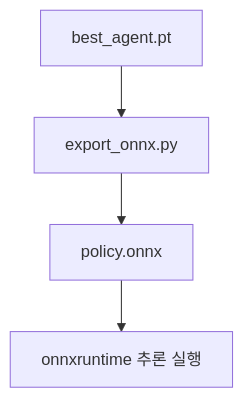
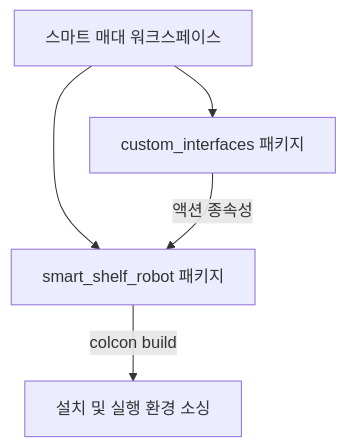
Before and after one commit to iyangim/smart-shelf-robot: the third of 10 diagrams in phase4_slides.md, drawn with Mermaid. The commit also changed other lines of this file and 15 other files, not shown here.

````diff
--- a/phase4_slides.md
+++ b/phase4_slides.md
@@ -51,6 +50,7 @@
 ```mermaid
 graph TD
-    PT[best_agent.pt] --> Export[export_onnx.py]
-    Export --> ONNX[policy.onnx]
-    ONNX --> ORT[onnxruntime 추론 실행]
+    WS[스마트 매대 워크스페이스] --> CI[custom_interfaces 패키지]
+    WS --> SR[smart_shelf_robot 패키지]
+    CI -- 액션 종속성 --> SR
+    SR -- colcon build --> Built[설치 및 실행 환경 소싱]
 ```
````
